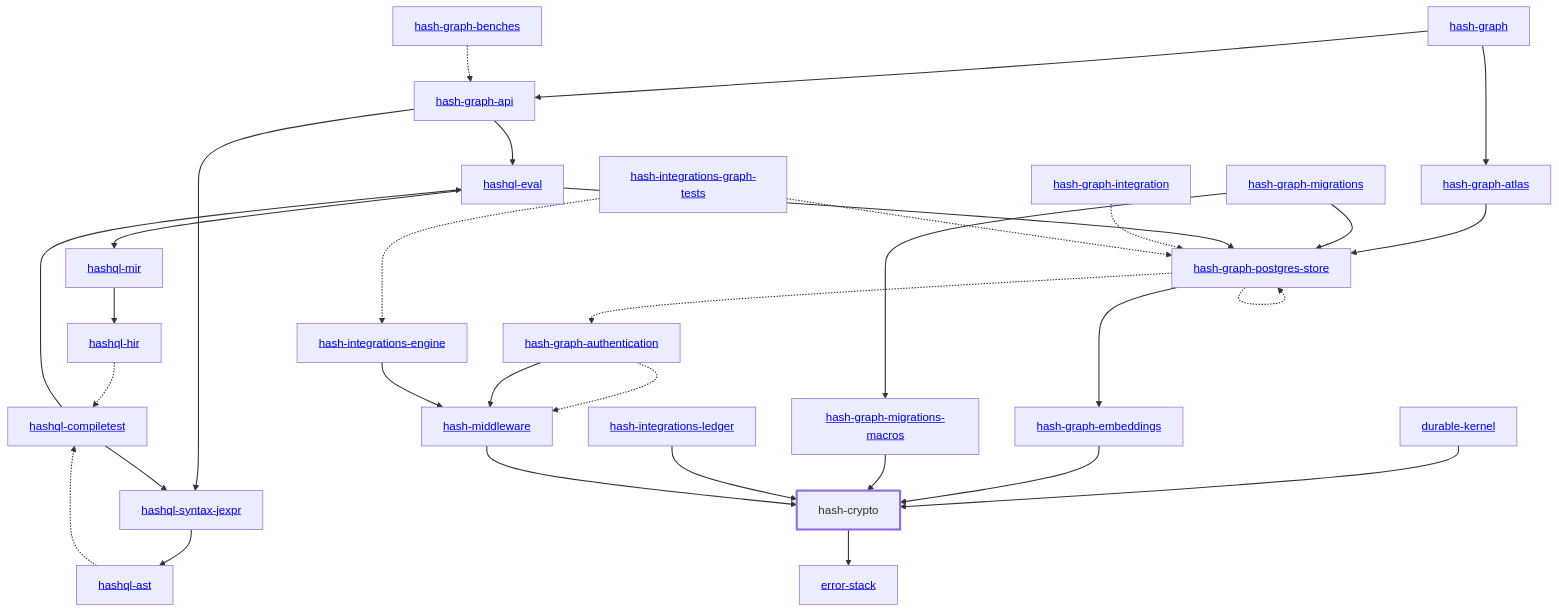
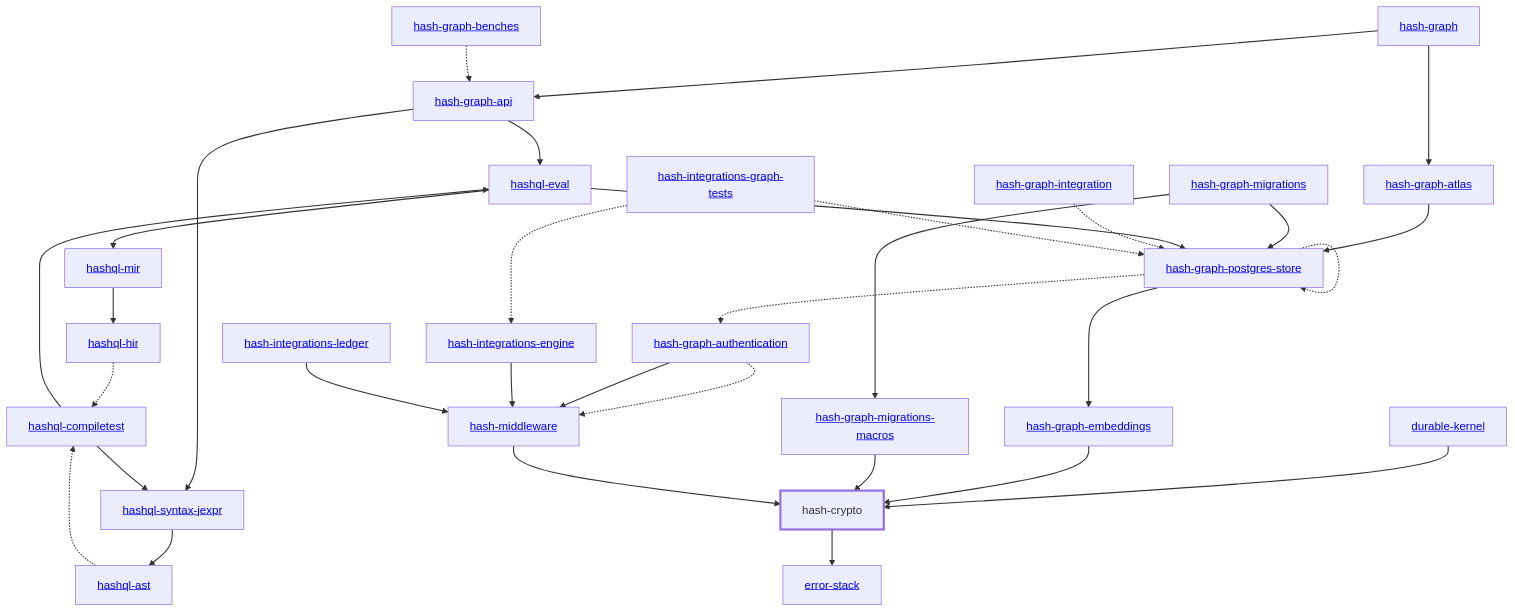
One commit to hashintel/hash changed the diagram in libs/@local/crypto/docs/dependency-diagram.mmd. Above: the diagram before and after it, drawn with Mermaid. The commit also changed 13 other files, not shown here.

Commit message:
Regenerate the dependency diagrams that include the ledger crate

```diff
--- a/libs/@local/crypto/docs/dependency-diagram.mmd
+++ b/libs/@local/crypto/docs/dependency-diagram.mmd
@@ -1,65 +1,65 @@
 graph TD
     linkStyle default stroke-width:1.5px
     classDef default stroke-width:1px
     classDef root stroke-width:3px
     classDef dev stroke-width:1px
     classDef build stroke-width:1px
     %% Legend
     %% --> : Normal dependency
     %% -.-> : Dev dependency
     %% ---> : Build dependency
     0[<a href="../hash_graph/index.html">hash-graph</a>]
     1[hash-crypto]
     class 1 root
     2[<a href="../durable_kernel/index.html">durable-kernel</a>]
     3[<a href="../hash_graph_api/index.html">hash-graph-api</a>]
     4[<a href="../hash_graph_atlas/index.html">hash-graph-atlas</a>]
     5[<a href="../hash_graph_authentication/index.html">hash-graph-authentication</a>]
     6[<a href="../hash_graph_embeddings/index.html">hash-graph-embeddings</a>]
     7[<a href="../hash_graph_migrations/index.html">hash-graph-migrations</a>]
     8[<a href="../hash_graph_migrations_macros/index.html">hash-graph-migrations-macros</a>]
     9[<a href="../hash_graph_postgres_store/index.html">hash-graph-postgres-store</a>]
     10[<a href="../hashql_ast/index.html">hashql-ast</a>]
     11[<a href="../hashql_compiletest/index.html">hashql-compiletest</a>]
     12[<a href="../hashql_eval/index.html">hashql-eval</a>]
     13[<a href="../hashql_hir/index.html">hashql-hir</a>]
     14[<a href="../hashql_mir/index.html">hashql-mir</a>]
     15[<a href="../hashql_syntax_jexpr/index.html">hashql-syntax-jexpr</a>]
     16[<a href="../hash_integrations_engine/index.html">hash-integrations-engine</a>]
     17[<a href="../hash_integrations_ledger/index.html">hash-integrations-ledger</a>]
     18[<a href="../hash_middleware/index.html">hash-middleware</a>]
     19[<a href="../error_stack/index.html">error-stack</a>]
     20[<a href="../hash_graph_benches/index.html">hash-graph-benches</a>]
     21[<a href="../hash_graph_integration/index.html">hash-graph-integration</a>]
     22[<a href="../hash_integrations_graph_tests/index.html">hash-integrations-graph-tests</a>]
     0 --> 3
     0 --> 4
     1 --> 19
     2 --> 1
     3 --> 12
     3 --> 15
     4 --> 9
     5 -.-> 18
     5 --> 18
     6 --> 1
     7 --> 8
     7 --> 9
     8 --> 1
     9 -.-> 5
     9 --> 6
     9 -.-> 9
     10 -.-> 11
     11 --> 12
     11 --> 15
     12 --> 9
     12 --> 14
     13 -.-> 11
     14 --> 13
     15 --> 10
     16 --> 18
-    17 --> 1
+    17 --> 18
     18 --> 1
     20 -.-> 3
     21 -.-> 9
     22 -.-> 9
     22 -.-> 16
```
